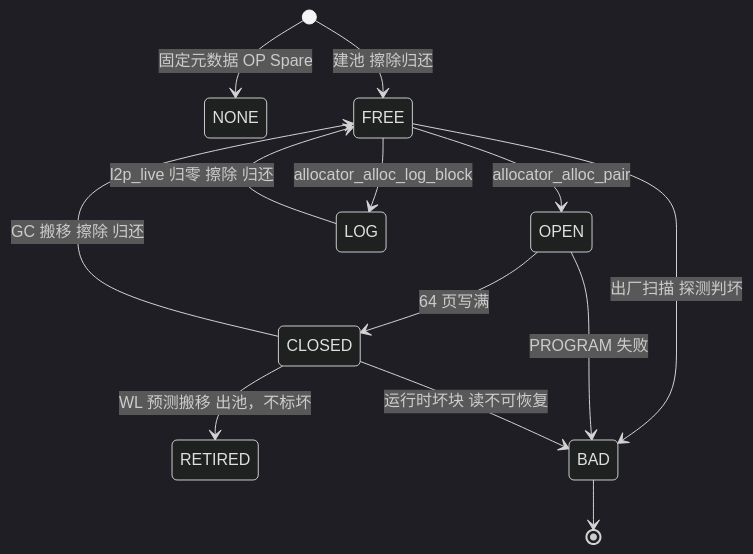
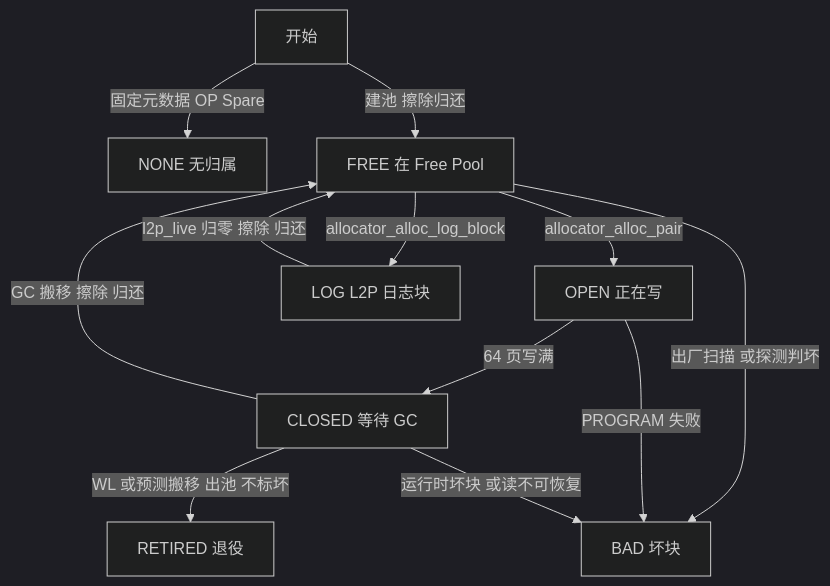
One commit to YzYMIAO/BASESSD changed the third of 28 diagrams in docs/design/ftl_design.md. Above: the diagram before and after it, drawn with Mermaid (dark theme). The commit also changed other lines of this file, not shown here.

First line of the commit message:
docs(ftl): 将 stateDiagram 全部改为 flowchart 并收敛标签字符集

````diff
--- a/docs/design/ftl_design.md
+++ b/docs/design/ftl_design.md
@@ -739,15 +739,22 @@
 ```mermaid
-stateDiagram-v2
-    [*] --> NONE: 固定元数据 OP Spare
-    [*] --> FREE: 建池 擦除归还
-    FREE --> OPEN: allocator_alloc_pair
-    OPEN --> CLOSED: 64 页写满
-    CLOSED --> FREE: GC 搬移 擦除 归还
-    CLOSED --> RETIRED: WL 预测搬移 出池，不标坏
-    FREE --> LOG: allocator_alloc_log_block
-    LOG --> FREE: l2p_live 归零 擦除 归还
-    FREE --> BAD: 出厂扫描 探测判坏
-    OPEN --> BAD: PROGRAM 失败
-    CLOSED --> BAD: 运行时坏块 读不可恢复
-    BAD --> [*]
+flowchart TD
+    START["开始"]
+    NONE["NONE 无归属"]
+    FREE["FREE 在 Free Pool"]
+    OPEN["OPEN 正在写"]
+    CLOSED["CLOSED 等待 GC"]
+    LOG["LOG L2P 日志块"]
+    RETIRED["RETIRED 退役"]
+    BAD["BAD 坏块"]
+    START -- "固定元数据 OP Spare" --> NONE
+    START -- "建池 擦除归还" --> FREE
+    FREE -- "allocator_alloc_pair" --> OPEN
+    OPEN -- "64 页写满" --> CLOSED
+    CLOSED -- "GC 搬移 擦除 归还" --> FREE
+    CLOSED -- "WL 或预测搬移 出池 不标坏" --> RETIRED
+    FREE -- "allocator_alloc_log_block" --> LOG
+    LOG -- "l2p_live 归零 擦除 归还" --> FREE
+    FREE -- "出厂扫描 或探测判坏" --> BAD
+    OPEN -- "PROGRAM 失败" --> BAD
+    CLOSED -- "运行时坏块 或读不可恢复" --> BAD
 ```
````
